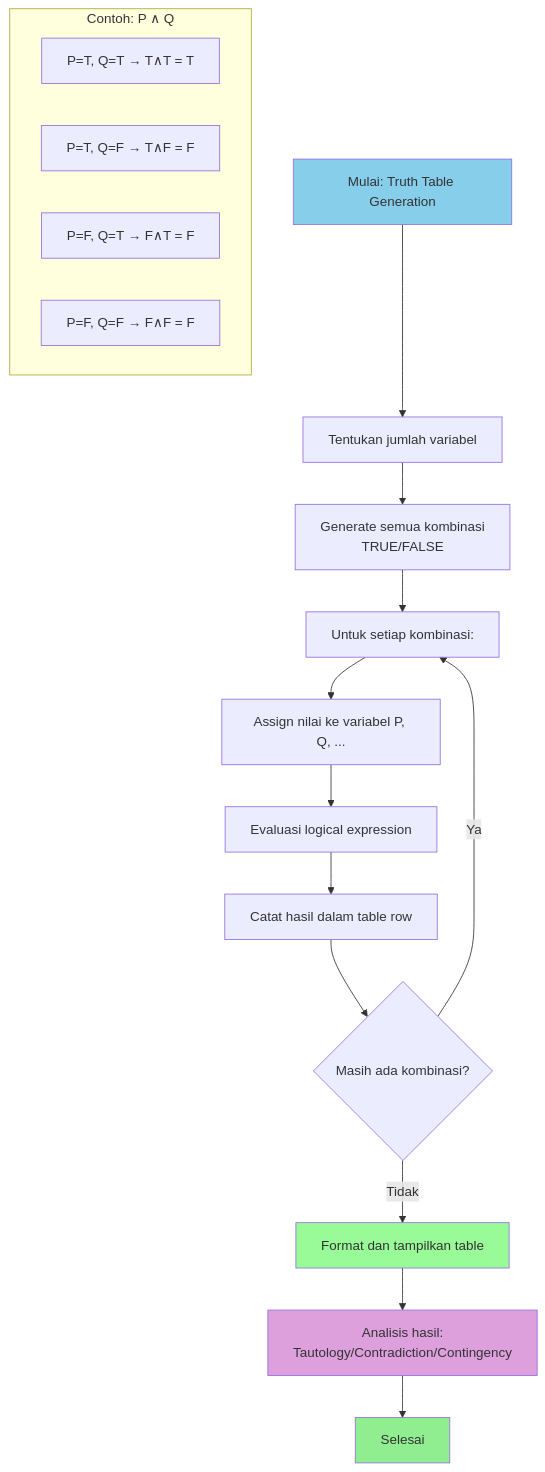
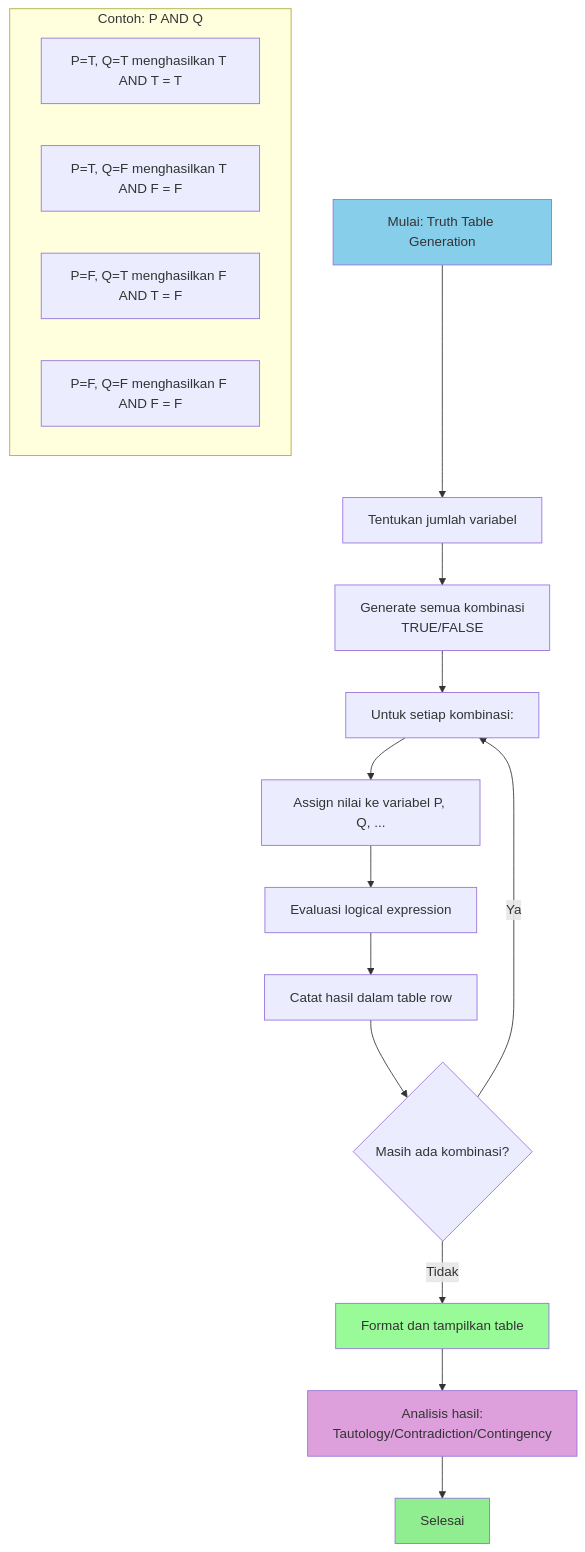
The third of 6 diagrams in pertemuan2.md (antonprafanto/logikamatematika), drawn with Mermaid before and after one commit. The commit also changed other lines of this file, not shown here.

````diff
--- a/pertemuan2.md
+++ b/pertemuan2.md
@@ -471,29 +471,29 @@
 ```mermaid
 flowchart TD
     A[Mulai: Truth Table Generation] --> B[Tentukan jumlah variabel]
     B --> C[Generate semua kombinasi<br/>TRUE/FALSE]
     
     C --> D[Untuk setiap kombinasi:]
     D --> E[Assign nilai ke variabel P, Q, ...]
     E --> F[Evaluasi logical expression]
     F --> G[Catat hasil dalam table row]
     
     G --> H{Masih ada kombinasi?}
     H -->|Ya| D
     H -->|Tidak| I[Format dan tampilkan table]
     
     I --> J[Analisis hasil:<br/>Tautology/Contradiction/Contingency]
     J --> K[Selesai]
     
-    subgraph "Contoh: P ∧ Q"
-        L[P=T, Q=T → T∧T = T]
-        M[P=T, Q=F → T∧F = F]
-        N[P=F, Q=T → F∧T = F]
-        O[P=F, Q=F → F∧F = F]
+    subgraph "Contoh: P AND Q"
+        L[P=T, Q=T menghasilkan T AND T = T]
+        M[P=T, Q=F menghasilkan T AND F = F]
+        N[P=F, Q=T menghasilkan F AND T = F]
+        O[P=F, Q=F menghasilkan F AND F = F]
     end
     
     style A fill:#87CEEB
     style I fill:#98FB98
     style J fill:#DDA0DD
     style K fill:#90EE90
 ```
````
